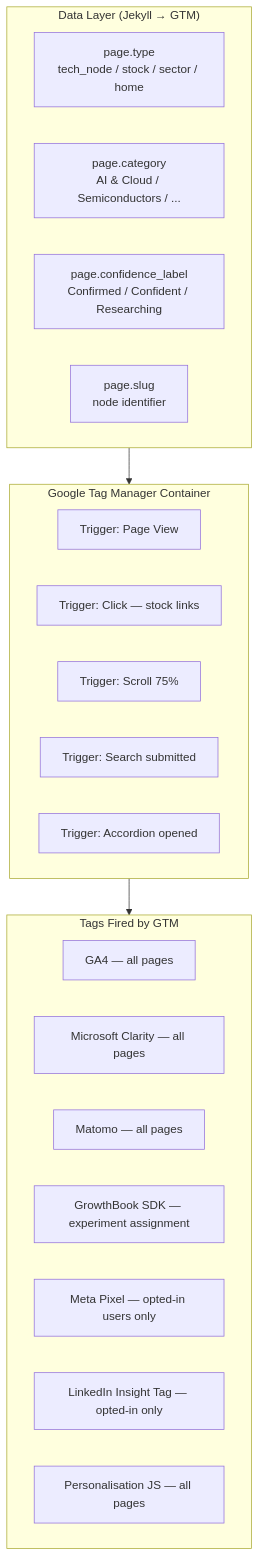
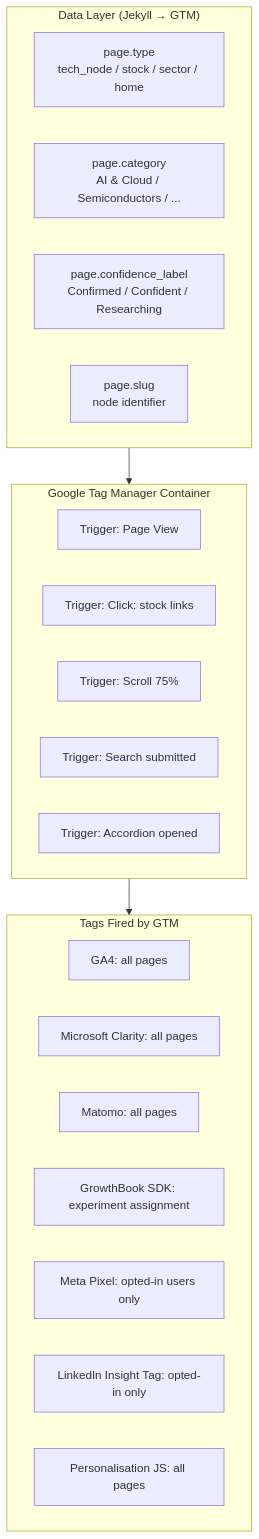
The first of 3 diagrams in enhancements/15-tag-management-free-tools.md (mengliang10/future), drawn with Mermaid before and after one commit. The commit also changed other lines of this file and 348 other files, not shown here.

Commit message:
Global removal of em-dashes, homepage section reordering, and flow improvements

````diff
--- a/enhancements/15-tag-management-free-tools.md
+++ b/enhancements/15-tag-management-free-tools.md
@@ -15,30 +15,30 @@
 ```mermaid
 graph TD
     subgraph DataLayer["Data Layer (Jekyll → GTM)"]
         PAGE_TYPE[page.type\ntech_node / stock / sector / home]
         PAGE_CAT[page.category\nAI & Cloud / Semiconductors / ...]
         PAGE_CONF[page.confidence_label\nConfirmed / Confident / Researching]
         PAGE_SLUG[page.slug\nnode identifier]
     end
 
     subgraph GTM["Google Tag Manager Container"]
         TRIGGER_PV[Trigger: Page View]
-        TRIGGER_CLICK[Trigger: Click — stock links]
+        TRIGGER_CLICK[Trigger: Click: stock links]
         TRIGGER_SCROLL[Trigger: Scroll 75%]
         TRIGGER_SEARCH[Trigger: Search submitted]
         TRIGGER_ACC[Trigger: Accordion opened]
     end
 
     subgraph Tags["Tags Fired by GTM"]
-        GA4_TAG[GA4 — all pages]
-        CLARITY[Microsoft Clarity — all pages]
-        MATOMO_TAG[Matomo — all pages]
-        GB_TAG[GrowthBook SDK — experiment assignment]
-        META_PIXEL[Meta Pixel — opted-in users only]
-        LI_INSIGHT[LinkedIn Insight Tag — opted-in only]
-        PERS_TAG[Personalisation JS — all pages]
+        GA4_TAG[GA4: all pages]
+        CLARITY[Microsoft Clarity: all pages]
+        MATOMO_TAG[Matomo: all pages]
+        GB_TAG[GrowthBook SDK: experiment assignment]
+        META_PIXEL[Meta Pixel: opted-in users only]
+        LI_INSIGHT[LinkedIn Insight Tag: opted-in only]
+        PERS_TAG[Personalisation JS: all pages]
     end
 
     DataLayer --> GTM
     GTM --> Tags
 ```
````
